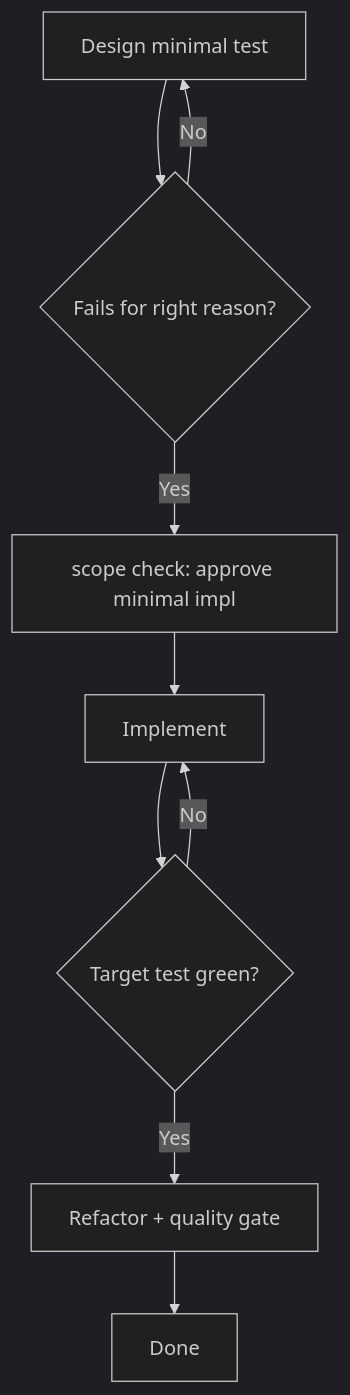
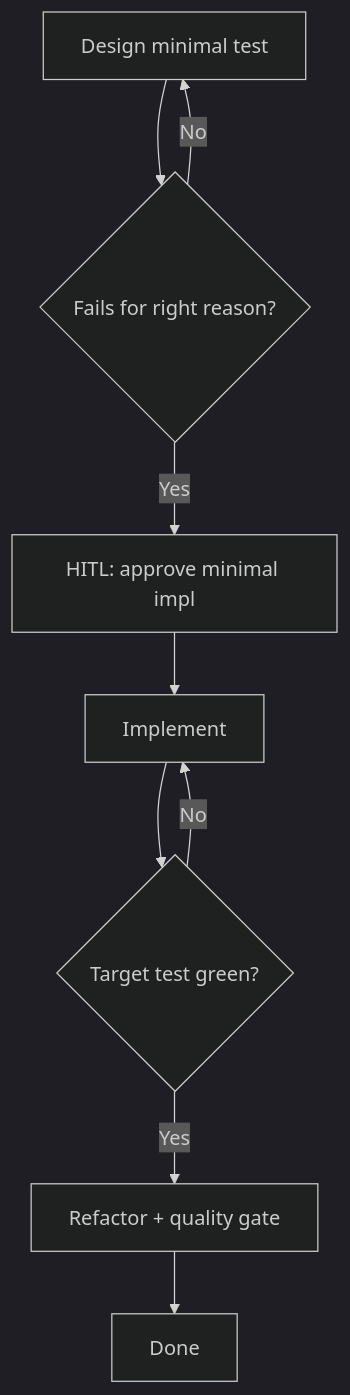
The second of 2 diagrams in plugins/elixir-developer/resources/elixir/docs/playbooks.md (igmarin/agent-profiles), drawn with Mermaid (dark theme) before and after one commit. The commit also changed other lines of this file and 171 other files, not shown here.

````diff
--- a/plugins/elixir-developer/resources/elixir/docs/playbooks.md
+++ b/plugins/elixir-developer/resources/elixir/docs/playbooks.md
@@ -101,11 +101,11 @@
 ```mermaid
 flowchart TD
   A[Design minimal test] --> B{Fails for right reason?}
   B -->|No| A
-  B -->|Yes| C[scope check: approve minimal impl]
+  B -->|Yes| C[HITL: approve minimal impl]
   C --> D[Implement]
   D --> E{Target test green?}
   E -->|No| D
   E -->|Yes| F[Refactor + quality gate]
   F --> G[Done]
 ```
````
